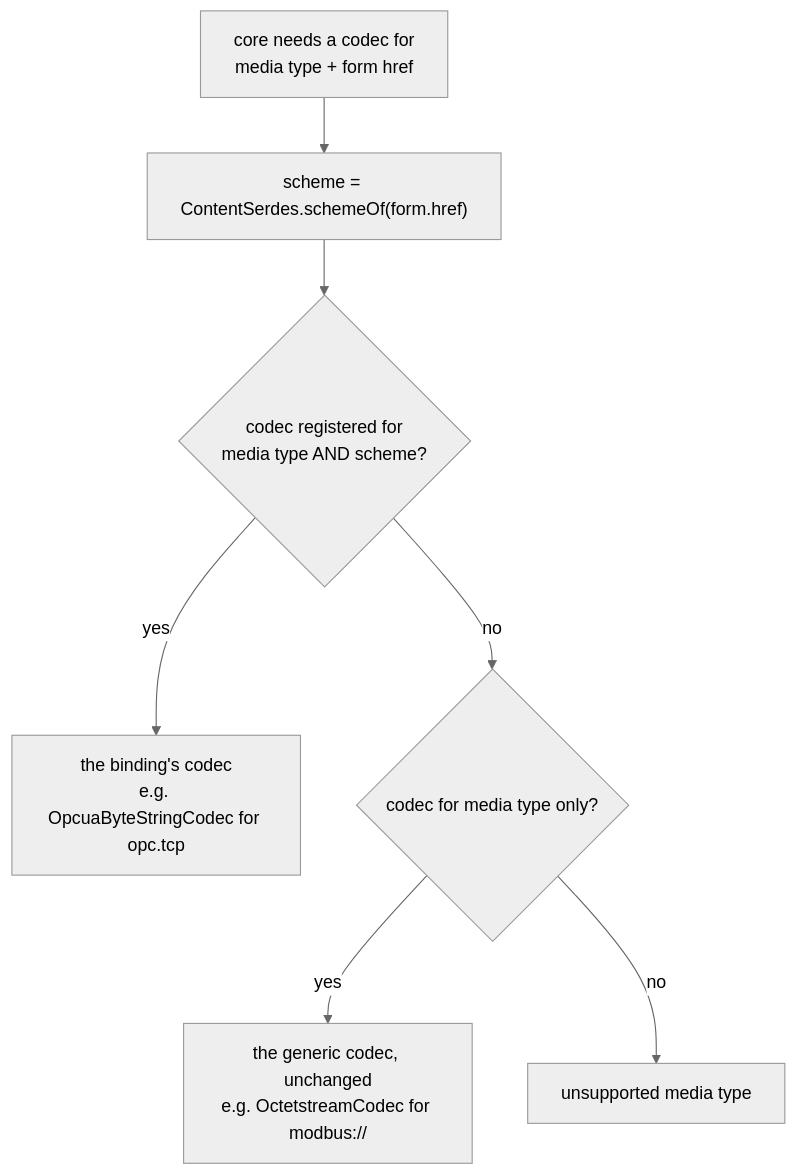
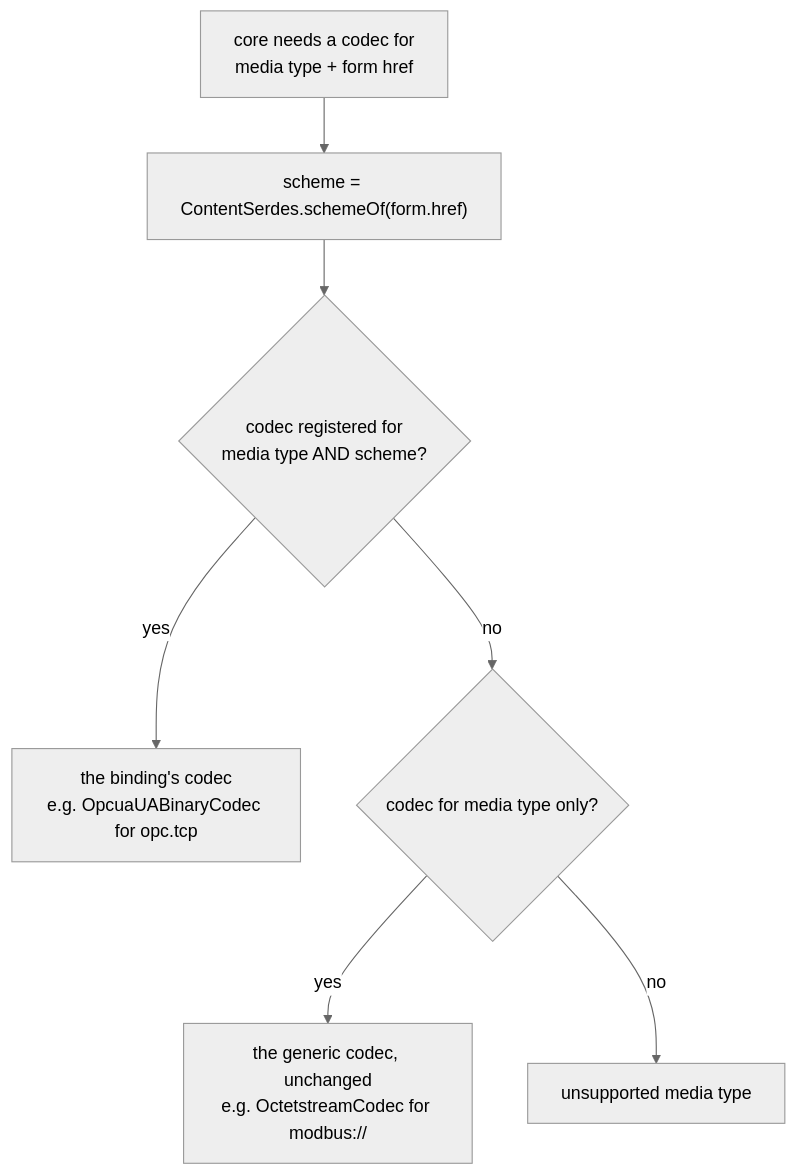
One commit to eclipse-thingweb/node-wot changed the first of 5 diagrams in packages/binding-opcua/doc/content-negotiation.md. Above: the diagram before and after it, drawn with Mermaid (neutral theme). The commit also changed other lines of this file and 4 other files, not shown here.

First line of the commit message:
docs(binding-opcua): octet-stream is OPC UA Binary (D7, D4 withdrawn)

````diff
--- a/packages/binding-opcua/doc/content-negotiation.md
+++ b/packages/binding-opcua/doc/content-negotiation.md
@@ -74,9 +74,9 @@
 ```mermaid
 flowchart TD
     A["core needs a codec for<br/>media type + form href"] --> B["scheme = ContentSerdes.schemeOf(form.href)"]
     B --> C{"codec registered for<br/>media type AND scheme?"}
-    C -- yes --> D["the binding's codec<br/>e.g. OpcuaByteStringCodec for opc.tcp"]
+    C -- yes --> D["the binding's codec<br/>e.g. OpcuaUABinaryCodec for opc.tcp"]
     C -- no --> E{"codec for media type only?"}
     E -- yes --> F["the generic codec, unchanged<br/>e.g. OctetstreamCodec for modbus://"]
     E -- no --> G["unsupported media type"]
 ```
````
